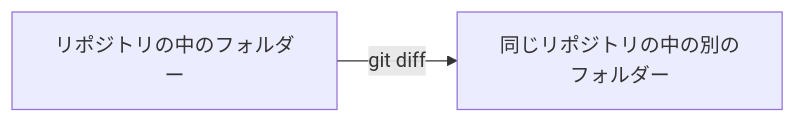
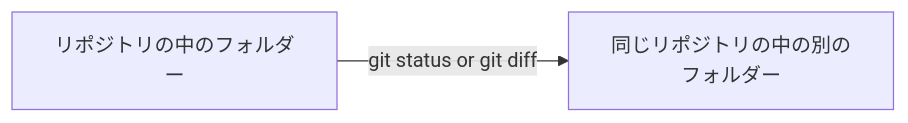
One commit to Takakiriy/new-commit changed the second of 6 diagrams in README-jp.md. Above: the diagram before and after it, drawn with Mermaid. The commit also changed other lines of this file and 5 other files, not shown here.

````diff
--- a/README-jp.md
+++ b/README-jp.md
@@ -17,4 +17,4 @@
 ```mermaid
 graph LR;
-    s[ リポジトリの中のフォルダー ] -- git diff --> d[ 同じリポジトリの中の別のフォルダー ];
+    s[ リポジトリの中のフォルダー ] -- git status or git diff --> d[ 同じリポジトリの中の別のフォルダー ];
 ```
````
